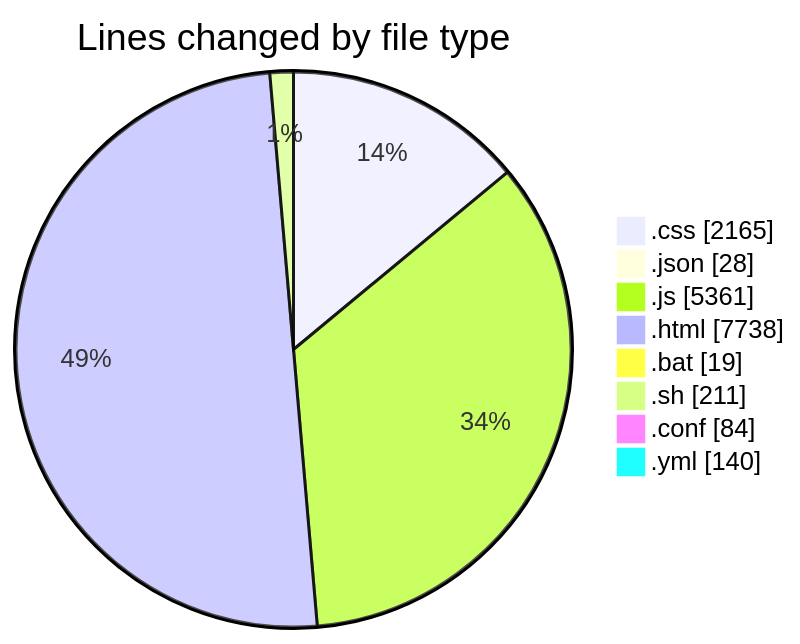
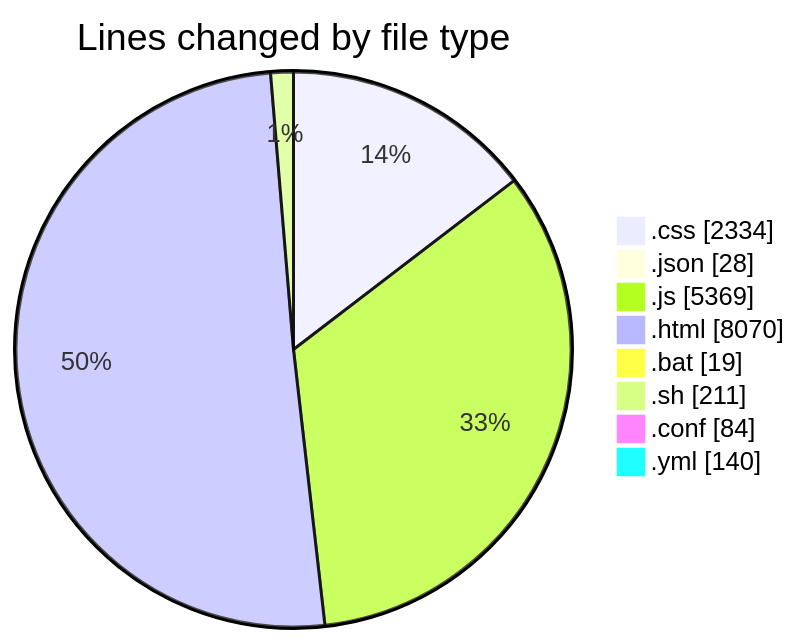
Before and after one commit to becaeroporto-bot/code-tracking: the first of 2 diagrams in 2026-02-18/bot_v1_2/README.md, drawn with Mermaid. The commit also changed other lines of this file and 1 other file, not shown here.

````diff
--- a/2026-02-18/bot_v1_2/README.md
+++ b/2026-02-18/bot_v1_2/README.md
@@ -44,12 +44,12 @@
 ```mermaid
 pie showData
 title Lines changed by file type
-".css" : 2165
+".css" : 2334
 ".json" : 28
-".js" : 5361
-".html" : 7738
+".js" : 5369
+".html" : 8070
 ".bat" : 19
 ".sh" : 211
 ".conf" : 84
 ".yml" : 140
 ```
````
